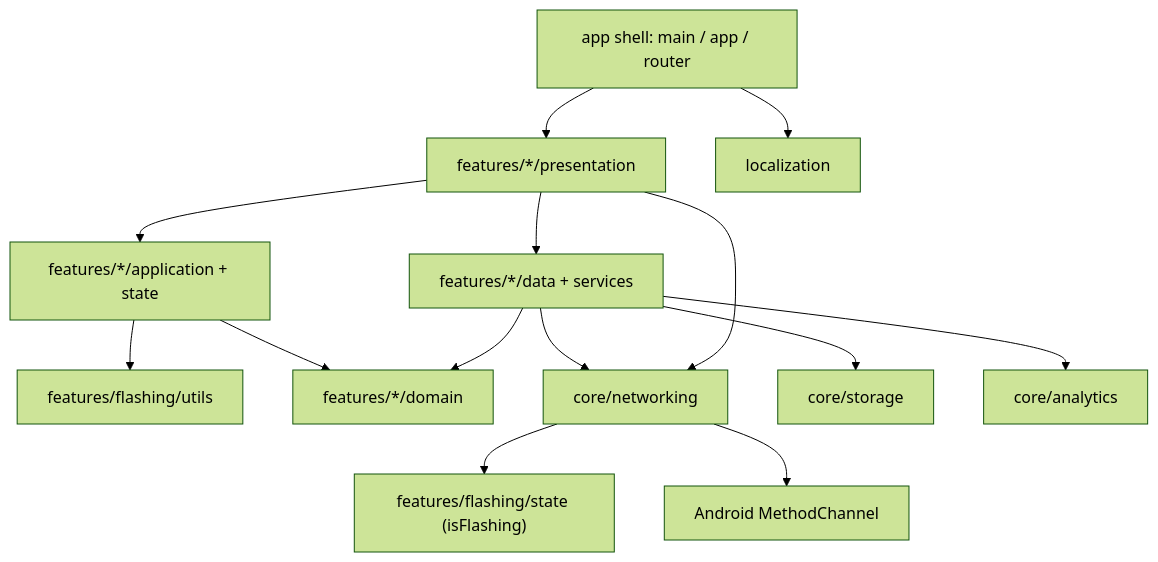
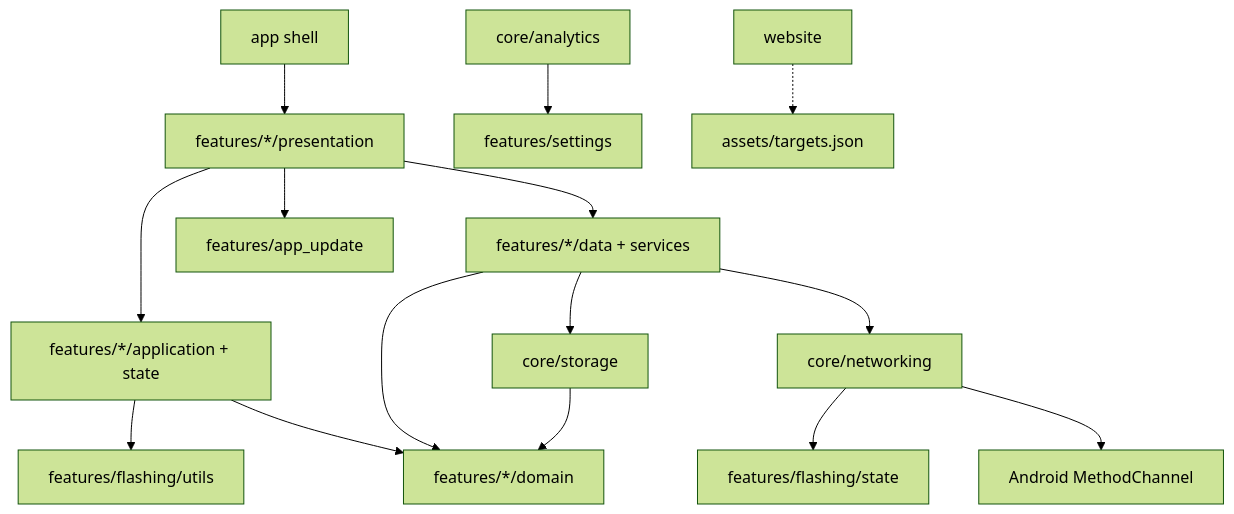
One commit to wbhinton/ELRS-Mobile changed the diagram in .rp1/context/modules.md. Above: the diagram before and after it, drawn with Mermaid (forest theme). The commit also changed other lines of this file and 6 other files, not shown here.

````diff
--- a/.rp1/context/modules.md
+++ b/.rp1/context/modules.md
@@ -126,16 +89,17 @@
 ```mermaid
 graph TD
-    Shell["app shell: main / app / router"] --> FeatPres["features/*/presentation"]
-    FeatPres --> FeatApp["features/*/application + state"]
-    FeatPres --> FeatData["features/*/data + services"]
-    FeatApp --> FeatUtils["features/flashing/utils"]
-    FeatApp --> FeatDomain["features/*/domain"]
-    FeatData --> FeatDomain
-    FeatData --> CoreNet["core/networking"]
-    FeatData --> CoreStore["core/storage"]
-    FeatData --> CoreAnalytics["core/analytics"]
-    FeatPres --> CoreNet
-    CoreNet --> FlashState["features/flashing/state (isFlashing)"]
-    CoreNet --> Native["Android MethodChannel"]
-    Shell --> L10n["localization"]
+    Shell["app shell"] --> Pres["features/*/presentation"]
+    Pres --> AppState["features/*/application + state"]
+    Pres --> Data["features/*/data + services"]
+    AppState --> Utils["features/flashing/utils"]
+    AppState --> Domain["features/*/domain"]
+    Data --> Domain
+    Data --> Net["core/networking"]
+    Data --> Store["core/storage"]
+    Pres --> Upd["features/app_update"]
+    Net --> FlashState["features/flashing/state"]
+    Analytics["core/analytics"] --> Settings["features/settings"]
+    Store --> Domain
+    Net --> Native["Android MethodChannel"]
+    Website["website"] -.-> Targets["assets/targets.json"]
 ```
````
